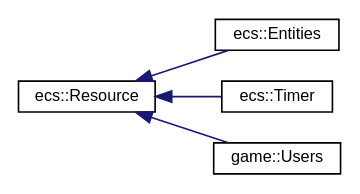
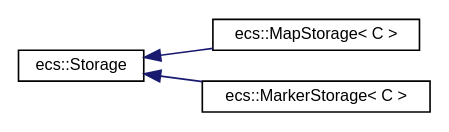
Before and after one commit to MisterPeModder/Bomberman-Global-Offensive: the diagram in inherit_graph_16.dot, drawn with Graphviz. The commit also changed 519 other files, not shown here.

```diff
--- a/inherit_graph_16.dot
+++ b/inherit_graph_16.dot
@@ -1,14 +1,12 @@
 digraph "Graphical Class Hierarchy"
 {
  // LATEX_PDF_SIZE
   edge [fontname="Helvetica",fontsize="10",labelfontname="Helvetica",labelfontsize="10"];
   node [fontname="Helvetica",fontsize="10",shape=record];
   rankdir="LR";
-  Node0 [label="ecs::Resource",height=0.2,width=0.4,color="black", fillcolor="white", style="filled",URL="$classecs_1_1_resource.html",tooltip=" "];
+  Node0 [label="ecs::Storage",height=0.2,width=0.4,color="black", fillcolor="white", style="filled",URL="$classecs_1_1_storage.html",tooltip="used to declare a virtual destructor on all Storage implementations."];
   Node0 -> Node1 [dir="back",color="midnightblue",fontsize="10",style="solid",fontname="Helvetica"];
-  Node1 [label="ecs::Entities",height=0.2,width=0.4,color="black", fillcolor="white", style="filled",URL="$classecs_1_1_entities.html",tooltip="The entities world resource."];
+  Node1 [label="ecs::MapStorage\< C \>",height=0.2,width=0.4,color="black", fillcolor="white", style="filled",URL="$classecs_1_1_map_storage.html",tooltip="Map-based component storage."];
   Node0 -> Node2 [dir="back",color="midnightblue",fontsize="10",style="solid",fontname="Helvetica"];
-  Node2 [label="ecs::Timer",height=0.2,width=0.4,color="black", fillcolor="white", style="filled",URL="$classecs_1_1_timer.html",tooltip="Simple timer resource."];
-  Node0 -> Node3 [dir="back",color="midnightblue",fontsize="10",style="solid",fontname="Helvetica"];
-  Node3 [label="game::Users",height=0.2,width=0.4,color="black", fillcolor="white", style="filled",URL="$classgame_1_1_users.html",tooltip="Resource allowing to get users actions using the keybinds."];
+  Node2 [label="ecs::MarkerStorage\< C \>",height=0.2,width=0.4,color="black", fillcolor="white", style="filled",URL="$classecs_1_1_marker_storage.html",tooltip="\"Storage\" for marker-like components, does not store any data except for which entities have the mark..."];
 }
```
